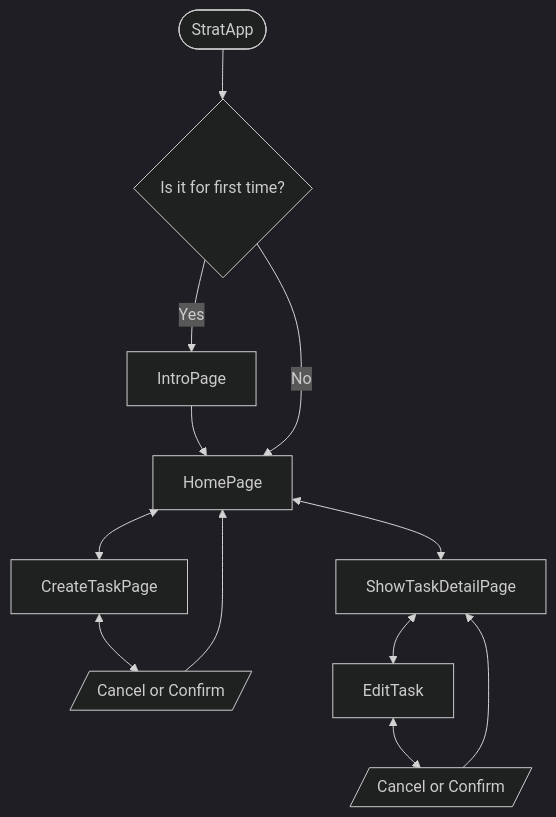
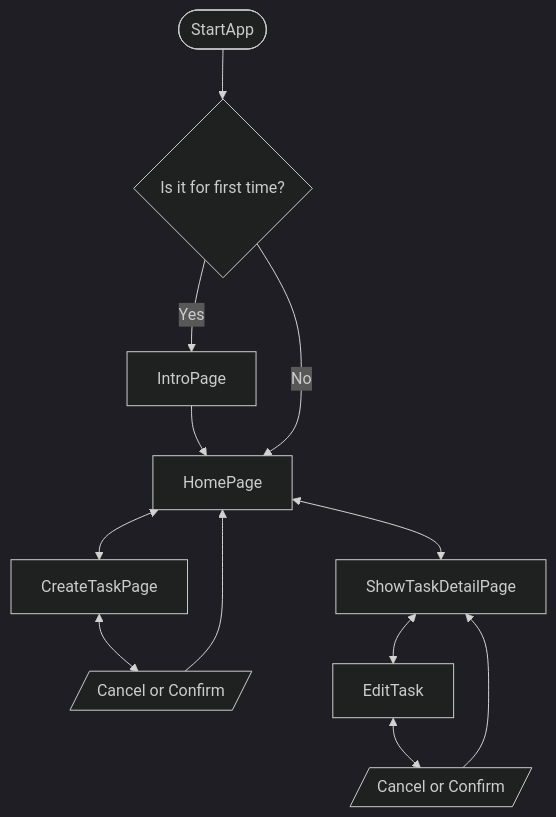
One commit to Ali-Hassanii/taskture changed the diagram in README.md. Above: the diagram before and after it, drawn with Mermaid (dark theme). The commit also changed 5 other files, not shown here.

````diff
--- a/README.md
+++ b/README.md
@@ -17,16 +17,16 @@
 ```mermaid
 flowchart  TB
-A([StratApp])  -->  B{Is it for first time?}
+A([StartApp])  -->  B{Is it for first time?}
 B  -->|Yes| IntroPage
 IntroPage  -->  HomePage
 B  -->|No| HomePage
 
 HomePage  <-->  CreateTaskPage  &  ShowTaskDetailPage
 
 CreateTaskPage  <-->  Confirm1[/Cancel or Confirm/]
 Confirm1  -->  HomePage
 
 ShowTaskDetailPage  <-->  EditTask
 EditTask  <-->  Confirm2[/Cancel or Confirm/]
 Confirm2  -->  ShowTaskDetailPage
 ```
````
